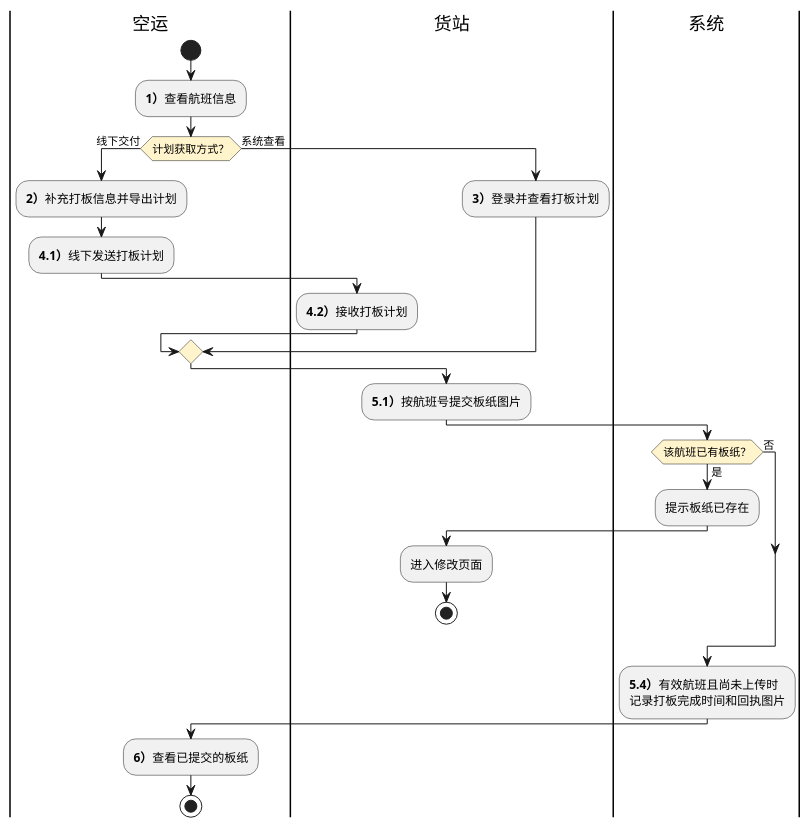
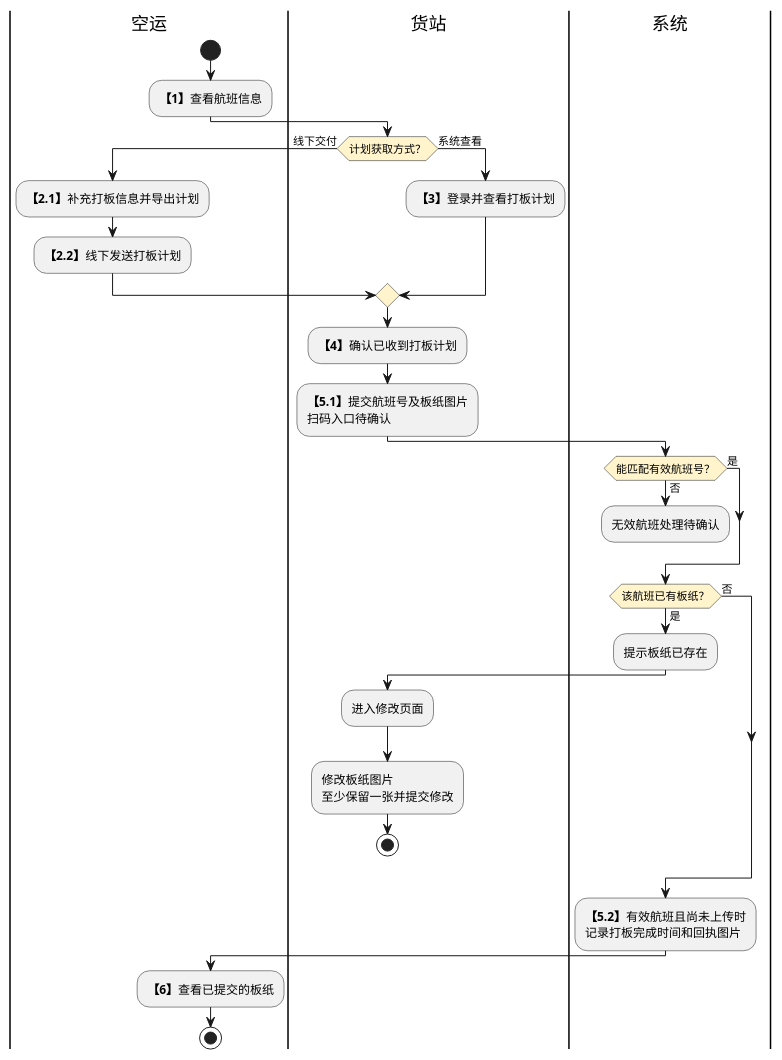
One commit to jack888332/projects-doc changed the first of 3 diagrams in product-caliber/goldjet/segmented-prd/PRD.高捷物流系统一期.第021篇.航晟货站打板.B42F0635C9.md. Above: the diagram before and after it, drawn with PlantUML. The commit also changed other lines of this file and 12 other files, not shown here.

Commit message:
完善DSL图

````diff
--- a/product-caliber/goldjet/segmented-prd/PRD.高捷物流系统一期.第021篇.航晟货站打板.B42F0635C9.md
+++ b/product-caliber/goldjet/segmented-prd/PRD.高捷物流系统一期.第021篇.航晟货站打板.B42F0635C9.md
@@ -38,31 +38,39 @@
 ```plantuml
 @startuml goldjet-021-plan-and-receipt
 skinparam activityDiamondBackgroundColor #FFF4CC
 |空运|
 start
-:**1）**查看航班信息;
+:**【1】**查看航班信息;
+|货站|
 if (计划获取方式？) then (线下交付)
-  :**2）**补充打板信息并导出计划;
-  :**4.1）**线下发送打板计划;
-  |货站|
-  :**4.2）**接收打板计划;
+  |空运|
+  :**【2.1】**补充打板信息并导出计划;
+  :**【2.2】**线下发送打板计划;
 else (系统查看)
   |货站|
-  :**3）**登录并查看打板计划;
+  :**【3】**登录并查看打板计划;
 endif
-:**5.1）**按航班号提交板纸图片;
+|货站|
+:**【4】**确认已收到打板计划;
+:**【5.1】**提交航班号及板纸图片\n扫码入口待确认;
 |系统|
+if (能匹配有效航班号？) then (是)
+else (否)
+  :无效航班处理待确认;
+  detach
+endif
 if (该航班已有板纸？) then (是)
   :提示板纸已存在;
   |货站|
   :进入修改页面;
+  :修改板纸图片\n至少保留一张并提交修改;
   stop
 else (否)
 endif
 |系统|
-:**5.4）**有效航班且尚未上传时\n记录打板完成时间和回执图片;
+:**【5.2】**有效航班且尚未上传时\n记录打板完成时间和回执图片;
 |空运|
-:**6）**查看已提交的板纸;
+:**【6】**查看已提交的板纸;
 stop
 @enduml
 ```
````
